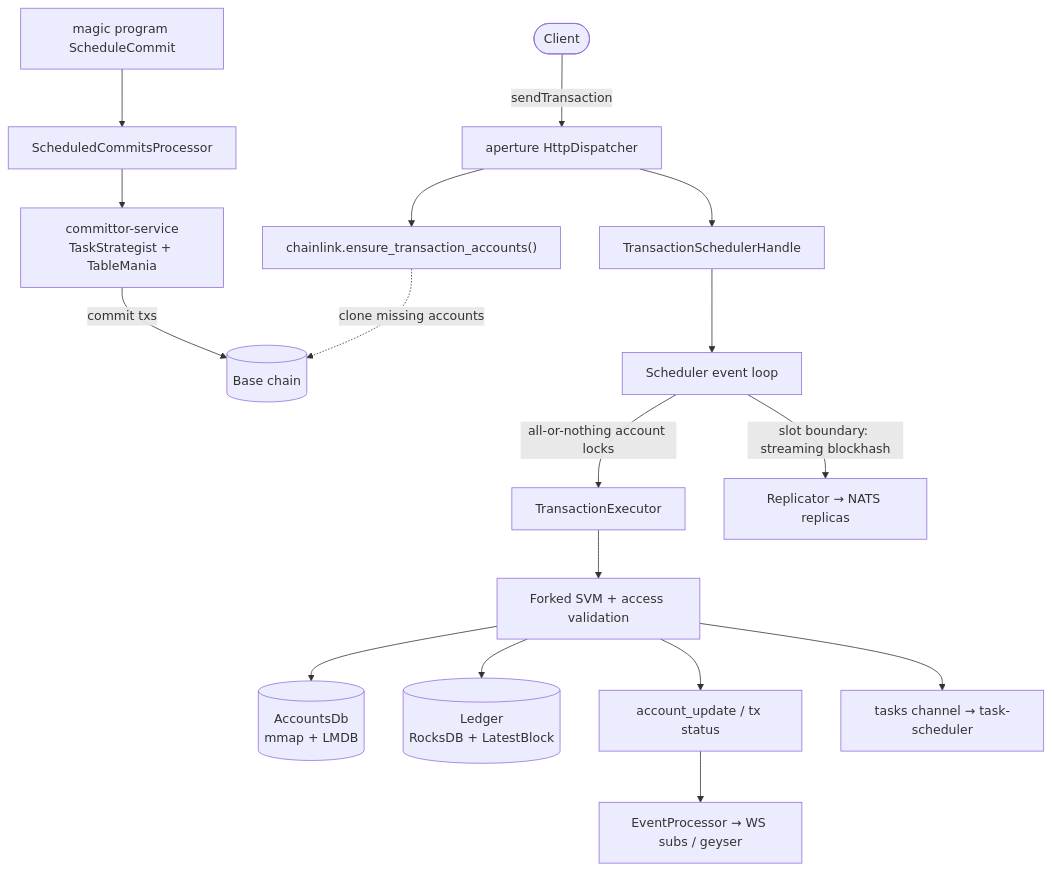
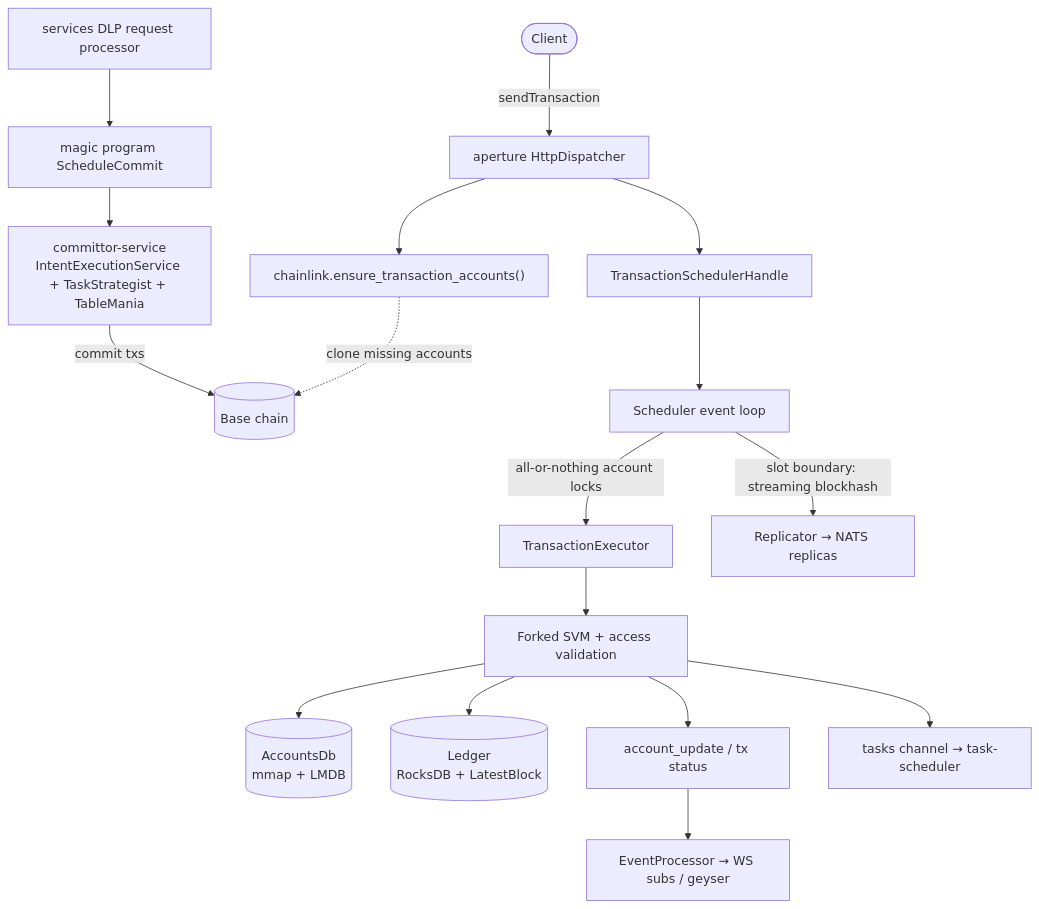
Before and after one commit to magicblock-labs/magicblock-validator: the second of 2 diagrams in docs/architecture.md, drawn with Mermaid. The commit also changed other lines of this file and 31 other files, not shown here.

Commit message:
refactor: move commit-and-undelegate scheduling service from magicblock-accounts to magicblock-services

````diff
--- a/docs/architecture.md
+++ b/docs/architecture.md
@@ -238,19 +241,19 @@
 ```mermaid
 flowchart TB
     client([Client]) -->|sendTransaction| http[aperture HttpDispatcher]
     http --> ensure["chainlink.ensure_transaction_accounts()"]
     ensure -.->|clone missing accounts| remote[(Base chain)]
     http --> handle[TransactionSchedulerHandle]
     handle --> sched[Scheduler event loop]
     sched -->|all-or-nothing account locks| exec[TransactionExecutor]
     exec --> svm["Forked SVM + access validation"]
     svm --> adb[(AccountsDb<br/>mmap + LMDB)]
     svm --> ledger[(Ledger<br/>RocksDB + LatestBlock)]
     svm --> events[account_update / tx status]
     events --> ep[EventProcessor → WS subs / geyser]
     svm --> tasks[tasks channel → task-scheduler]
     sched -->|"slot boundary: streaming blockhash"| repl[Replicator → NATS replicas]
-    magicprog["magic program ScheduleCommit"] --> scp[ScheduledCommitsProcessor]
-    scp --> commsvc["committor-service<br/>TaskStrategist + TableMania"]
+    magicprog["magic program ScheduleCommit"] --> commsvc["committor-service<br/>IntentExecutionService + TaskStrategist + TableMania"]
+    services2["services DLP request processor"] --> magicprog
     commsvc -->|commit txs| remote
 ```
````
